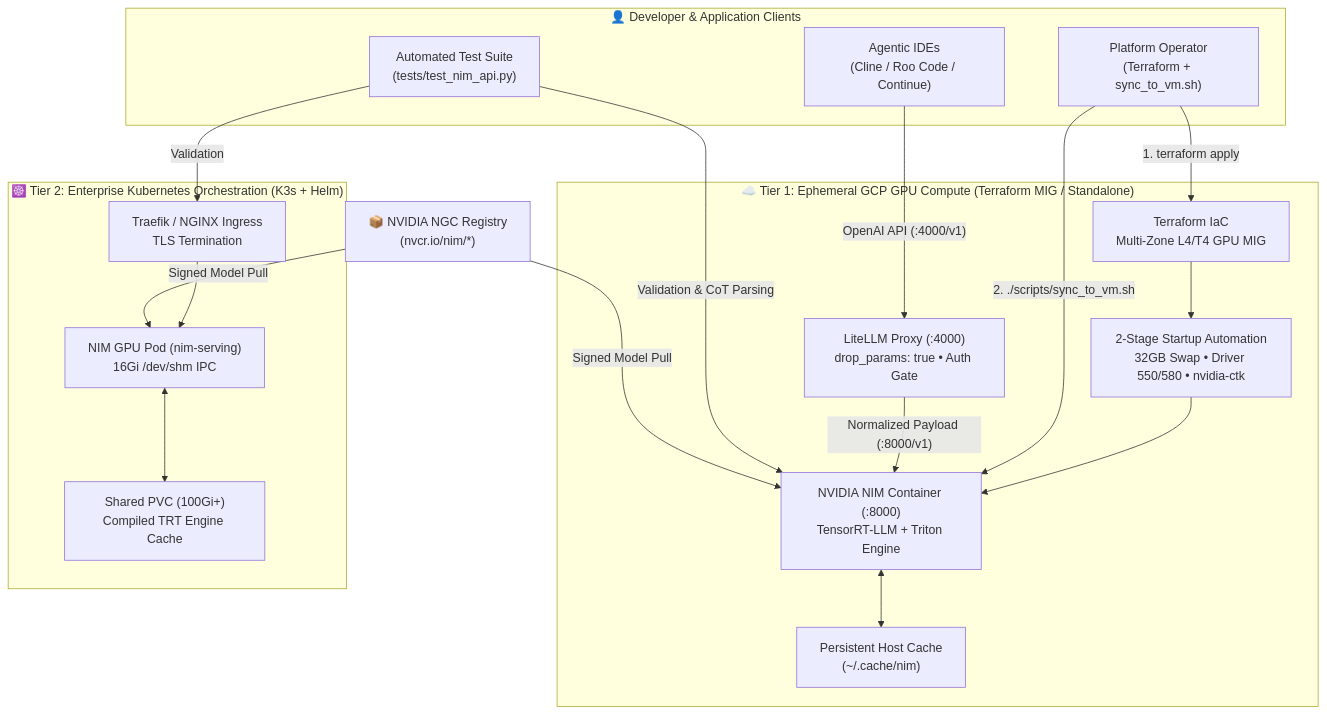
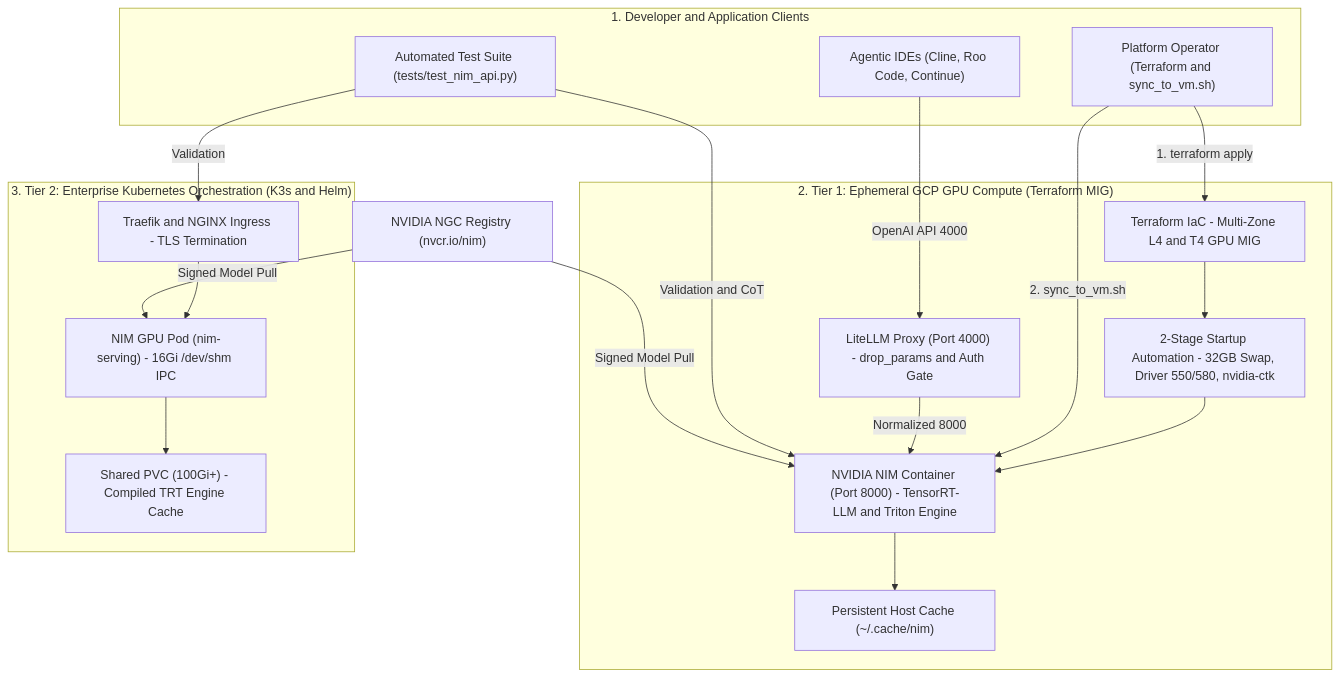
Before and after one commit to AI-Governance-Lab/nvidia-nim-enterprise-patterns: the diagram in README.md, drawn with Mermaid.

Commit message:
fix(readme): update Mermaid diagram for Chrome GitHub rendering

````diff
--- a/README.md
+++ b/README.md
@@ -47,35 +47,38 @@
 ```mermaid
-graph TB
-    subgraph Clients["👤 Developer & Application Clients"]
-        IDE["Agentic IDEs\n(Cline / Roo Code / Continue)"]
-        Test["Automated Test Suite\n(tests/test_nim_api.py)"]
-        Operator["Platform Operator\n(Terraform + sync_to_vm.sh)"]
+graph TD
+    subgraph Clients["1. Developer and Application Clients"]
+        IDE["Agentic IDEs (Cline, Roo Code, Continue)"]
+        Test["Automated Test Suite (tests/test_nim_api.py)"]
+        Operator["Platform Operator (Terraform and sync_to_vm.sh)"]
     end
 
-    subgraph Tier1["☁️ Tier 1: Ephemeral GCP GPU Compute (Terraform MIG / Standalone)"]
-        TF["Terraform IaC\nMulti-Zone L4/T4 GPU MIG"]
-        Startup["2-Stage Startup Automation\n32GB Swap • Driver 550/580 • nvidia-ctk"]
-        LiteLLM["LiteLLM Proxy (:4000)\ndrop_params: true • Auth Gate"]
-        NIM_Docker["NVIDIA NIM Container (:8000)\nTensorRT-LLM + Triton Engine"]
-        HostCache["Persistent Host Cache\n(~/.cache/nim)"]
+    subgraph Tier1["2. Tier 1: Ephemeral GCP GPU Compute (Terraform MIG)"]
+        TF["Terraform IaC - Multi-Zone L4 and T4 GPU MIG"]
+        Startup["2-Stage Startup Automation - 32GB Swap, Driver 550/580, nvidia-ctk"]
+        LiteLLM["LiteLLM Proxy (Port 4000) - drop_params and Auth Gate"]
+        NIM_Docker["NVIDIA NIM Container (Port 8000) - TensorRT-LLM and Triton Engine"]
+        HostCache["Persistent Host Cache (~/.cache/nim)"]
     end
 
-    subgraph Tier2["☸️ Tier 2: Enterprise Kubernetes Orchestration (K3s + Helm)"]
-        Ingress["Traefik / NGINX Ingress\nTLS Termination"]
-        K3s_Pod["NIM GPU Pod (nim-serving)\n16Gi /dev/shm IPC"]
-        PVC["Shared PVC (100Gi+)\nCompiled TRT Engine Cache"]
+    subgraph Tier2["3. Tier 2: Enterprise Kubernetes Orchestration (K3s and Helm)"]
+        Ingress["Traefik and NGINX Ingress - TLS Termination"]
+        K3s_Pod["NIM GPU Pod (nim-serving) - 16Gi /dev/shm IPC"]
+        PVC["Shared PVC (100Gi+) - Compiled TRT Engine Cache"]
     end
 
-    NGC["📦 NVIDIA NGC Registry\n(nvcr.io/nim/*)"]
+    NGC["NVIDIA NGC Registry (nvcr.io/nim)"]
 
-    Operator -->|"1. terraform apply"| TF
-    TF --> Startup --> NIM_Docker
-    Operator -->|"2. ./scripts/sync_to_vm.sh"| NIM_Docker
-    IDE -->|"OpenAI API (:4000/v1)"| LiteLLM -->|"Normalized Payload (:8000/v1)"| NIM_Docker
-    Test -->|"Validation & CoT Parsing"| NIM_Docker
-    Test -->|"Validation"| Ingress --> K3s_Pod
-    NIM_Docker <--> HostCache
-    K3s_Pod <--> PVC
-    NGC -->|"Signed Model Pull"| NIM_Docker
-    NGC -->|"Signed Model Pull"| K3s_Pod
+    Operator -->|1. terraform apply| TF
+    TF --> Startup
+    Startup --> NIM_Docker
+    Operator -->|2. sync_to_vm.sh| NIM_Docker
+    IDE -->|OpenAI API 4000| LiteLLM
+    LiteLLM -->|Normalized 8000| NIM_Docker
+    Test -->|Validation and CoT| NIM_Docker
+    Test -->|Validation| Ingress
+    Ingress --> K3s_Pod
+    NIM_Docker --> HostCache
+    K3s_Pod --> PVC
+    NGC -->|Signed Model Pull| NIM_Docker
+    NGC -->|Signed Model Pull| K3s_Pod
 ```
````
